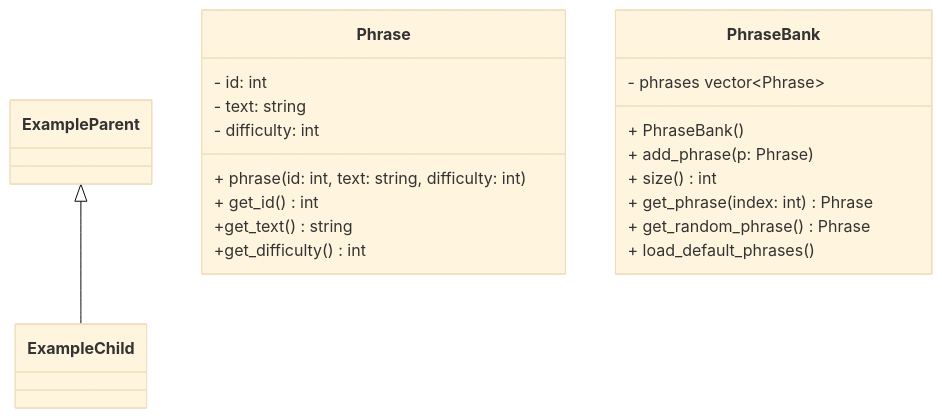
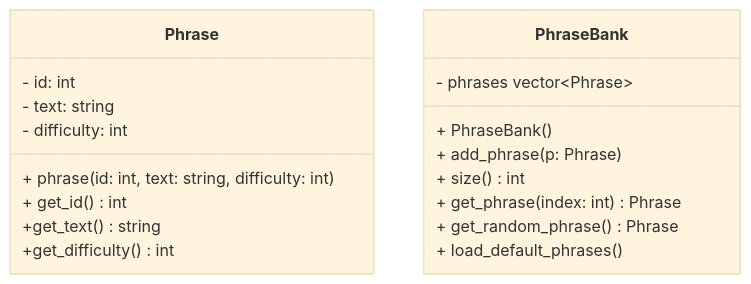
Before and after one commit to MattOrtiz530/tippitytappity-design: the diagram in README.md, drawn with Mermaid (base theme).

````diff
--- a/README.md
+++ b/README.md
@@ -9,25 +9,25 @@
 ```mermaid
 classDiagram
-  ExampleParent <|-- ExampleChild
+  
   class Phrase{
         - id: int
         - text: string
         - difficulty: int
         + phrase(id: int, text: string, difficulty: int)
         + get_id() int
         +get_text() string
         +get_difficulty() int
 
   }
   class PhraseBank{
         - phrases vector~Phrase~
         + PhraseBank()
         + add_phrase(p: Phrase)
         + size() int
         + get_phrase(index: int) Phrase
         + get_random_phrase() Phrase
         + load_default_phrases()
   }
 
 
 ```
````
